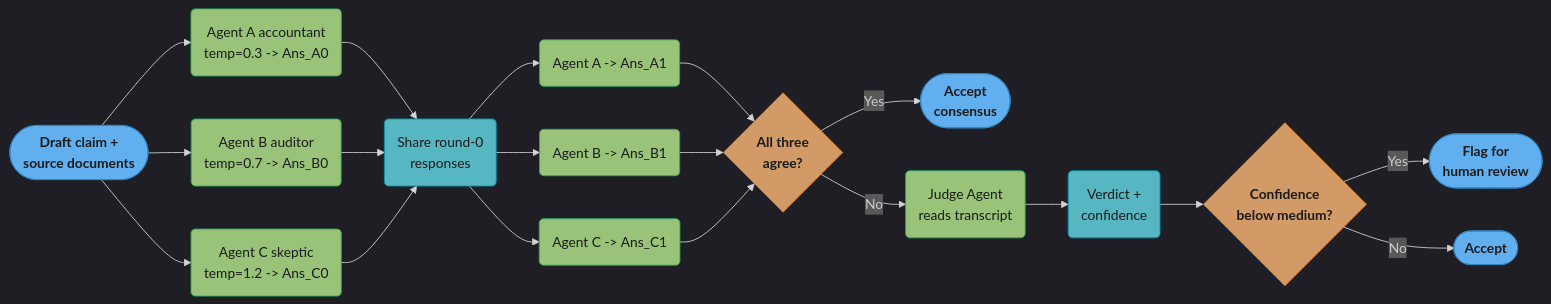
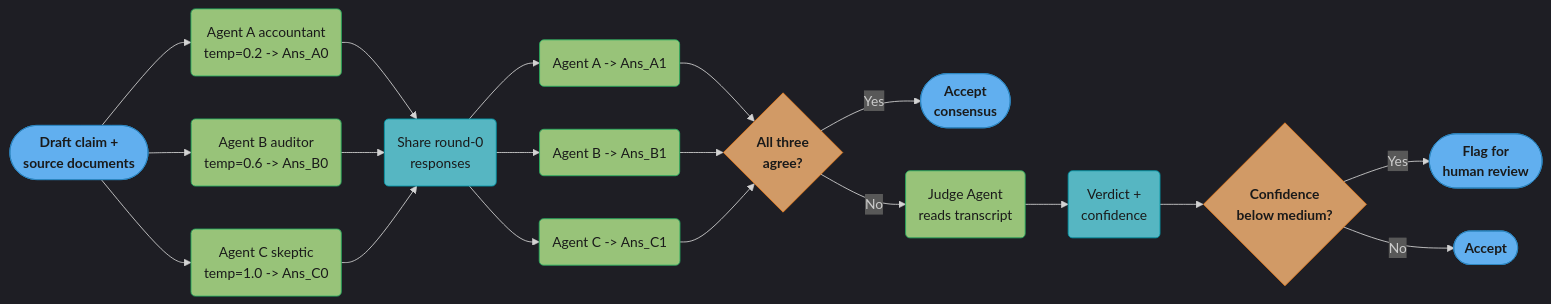
Before and after one commit to rppol/system-design: the fifth of 5 diagrams in src/main/java/com/rutik/systemdesign/llm/multi_agent_systems/agent_debate_and_consensus.md, drawn with Mermaid. The commit also changed other lines of this file and 113 other files, not shown here.

````diff
--- a/src/main/java/com/rutik/systemdesign/llm/multi_agent_systems/agent_debate_and_consensus.md
+++ b/src/main/java/com/rutik/systemdesign/llm/multi_agent_systems/agent_debate_and_consensus.md
@@ -912,33 +926,33 @@
 ```mermaid
 %%{init: {'flowchart': {'curve': 'basis'}, 'theme': 'dark'}}%%
 flowchart LR
     classDef io      fill:#61afef,stroke:#2e86c1,color:#1a1a1a,font-weight:bold
     classDef frozen  fill:#c678dd,stroke:#9b59b6,color:#fff
     classDef train   fill:#98c379,stroke:#27ae60,color:#1a1a1a
     classDef mathOp  fill:#d19a66,stroke:#e67e22,color:#1a1a1a,font-weight:bold
     classDef lossN   fill:#e06c75,stroke:#c0392b,color:#fff,font-weight:bold
     classDef req     fill:#56b6c2,stroke:#0097a7,color:#1a1a1a
     classDef base    fill:#e5c07b,stroke:#f39c12,color:#1a1a1a
 
     Draft(["Draft claim +<br/>source documents"]) --> A0 & B0 & C0
-    A0("Agent A accountant<br/>temp=0.3 -> Ans_A0")
-    B0("Agent B auditor<br/>temp=0.7 -> Ans_B0")
-    C0("Agent C skeptic<br/>temp=1.2 -> Ans_C0")
+    A0("Agent A accountant<br/>temp=0.2 -> Ans_A0")
+    B0("Agent B auditor<br/>temp=0.6 -> Ans_B0")
+    C0("Agent C skeptic<br/>temp=1.0 -> Ans_C0")
     A0 & B0 & C0 --> Share("Share round-0<br/>responses")
     Share --> A1 & B1 & C1
     A1("Agent A -> Ans_A1")
     B1("Agent B -> Ans_B1")
     C1("Agent C -> Ans_C1")
     A1 & B1 & C1 --> Consensus{"All three<br/>agree?"}
     Consensus -- Yes --> Accept(["Accept<br/>consensus"])
     Consensus -- No --> Judge("Judge Agent<br/>reads transcript")
     Judge --> Verdict("Verdict +<br/>confidence")
     Verdict --> ConfCheck{"Confidence<br/>below medium?"}
     ConfCheck -- Yes --> Flag(["Flag for<br/>human review"])
     ConfCheck -- No --> AutoAccept(["Accept"])
 
     class Draft,Accept,Flag,AutoAccept io
     class A0,B0,C0,A1,B1,C1,Judge train
     class Share,Verdict req
     class Consensus,ConfCheck mathOp
 ```
````
